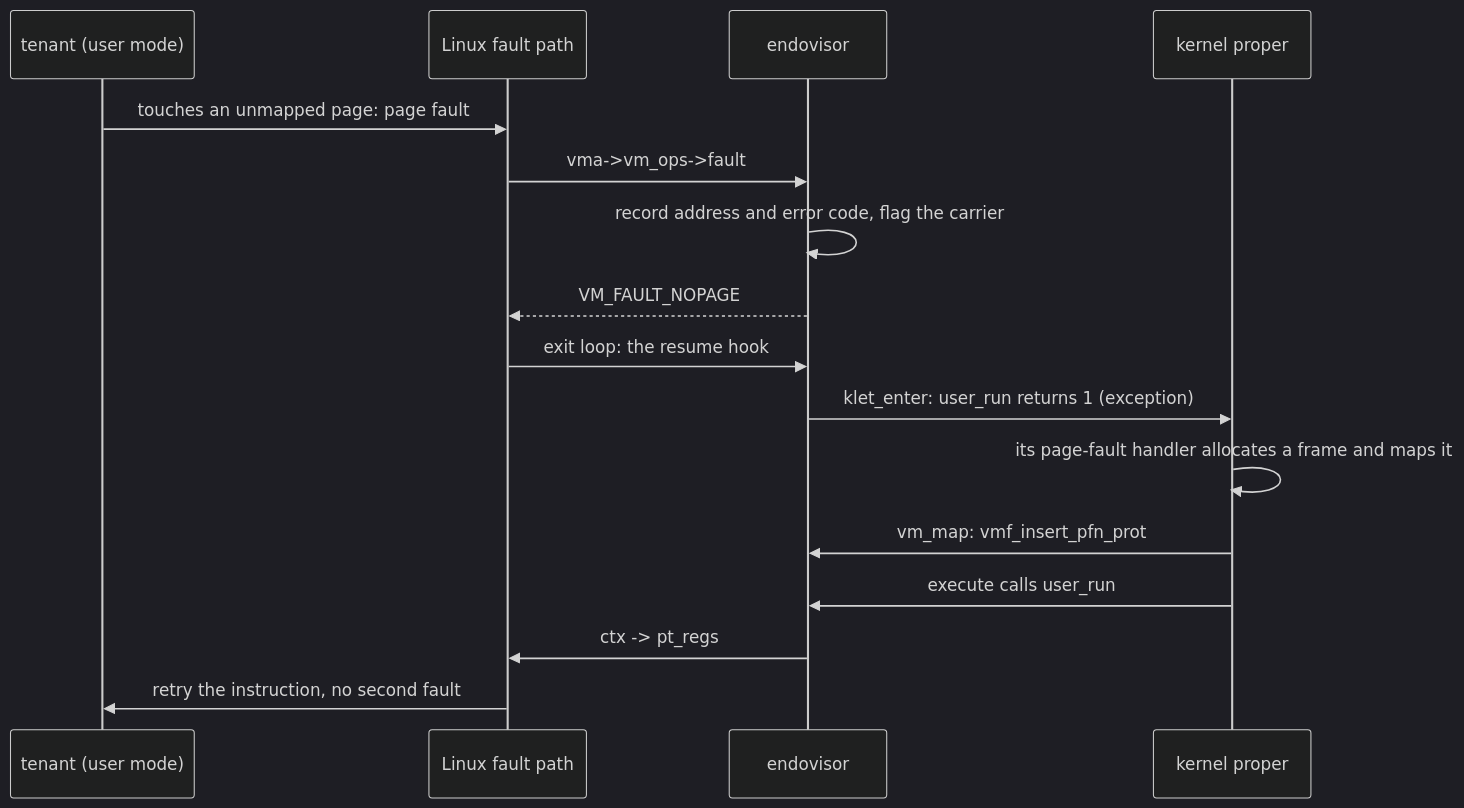
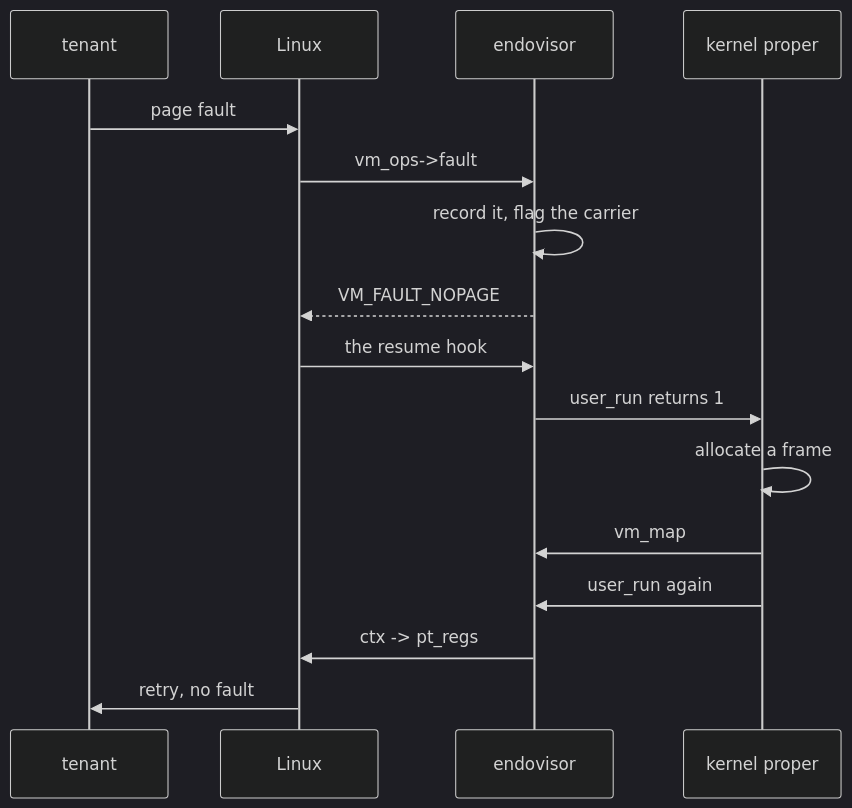
One commit to Plucky923/kernelet changed the second of 2 diagrams in src/tenant-memory-on-linux-page-tables.md. Above: the diagram before and after it, drawn with Mermaid (dark theme). The commit also changed 32 other files, not shown here.

````diff
--- a/src/tenant-memory-on-linux-page-tables.md
+++ b/src/tenant-memory-on-linux-page-tables.md
@@ -248,18 +248,18 @@
 ```mermaid
 sequenceDiagram
-    participant U as tenant (user mode)
-    participant L as Linux fault path
+    participant U as tenant
+    participant L as Linux
     participant E as endovisor
     participant K as kernel proper
-    U->>L: touches an unmapped page: page fault
-    L->>E: vma->vm_ops->fault
-    E->>E: record address and error code, flag the carrier
+    U->>L: page fault
+    L->>E: vm_ops->fault
+    E->>E: record it, flag the carrier
     E-->>L: VM_FAULT_NOPAGE
-    L->>E: exit loop: the resume hook
-    E->>K: klet_enter: user_run returns 1 (exception)
-    K->>K: its page-fault handler allocates a frame and maps it
-    K->>E: vm_map: vmf_insert_pfn_prot
-    K->>E: execute calls user_run
+    L->>E: the resume hook
+    E->>K: user_run returns 1
+    K->>K: allocate a frame
+    K->>E: vm_map
+    K->>E: user_run again
     E->>L: ctx -> pt_regs
-    L->>U: retry the instruction, no second fault
+    L->>U: retry, no fault
 ```
````
